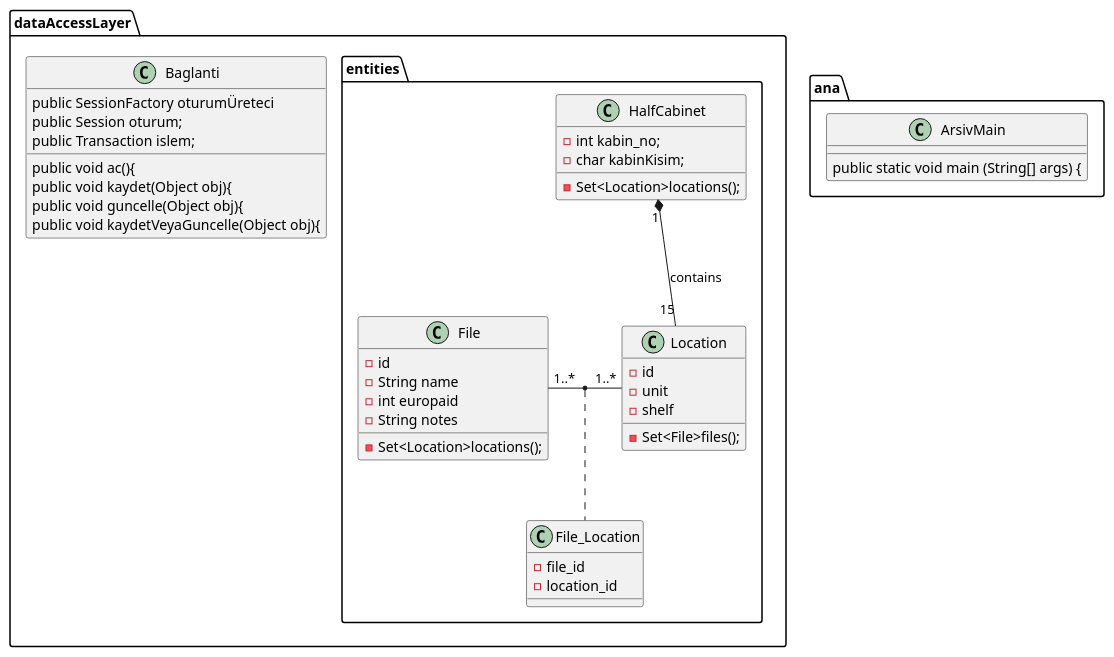
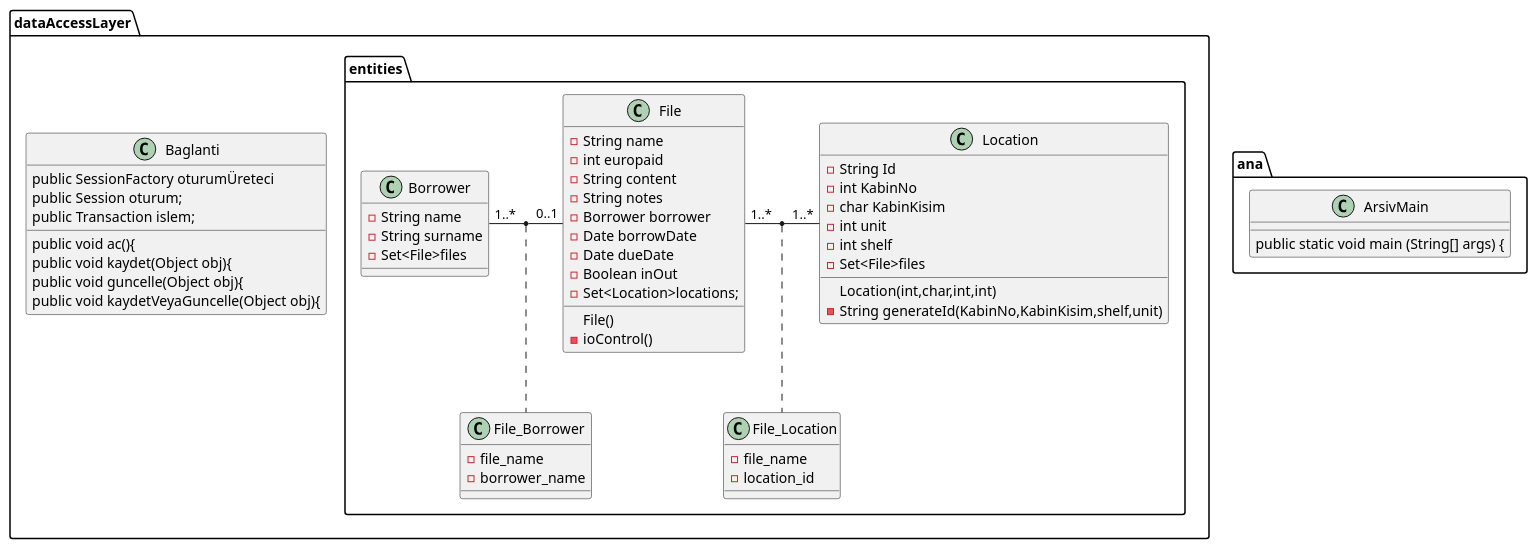
One commit to ipa-mosit/ARSIV-AMS2 changed the diagram in src/main/resources/uml/entityClassDiagrams.puml. Above: the diagram before and after it, drawn with PlantUML. The commit also changed 2 other files, not shown here.

Commit message:
usecase diagramları ve uml diagramları çizildi

```diff
--- a/src/main/resources/uml/entityClassDiagrams.puml
+++ b/src/main/resources/uml/entityClassDiagrams.puml
@@ -1,44 +1,62 @@
 @startuml
 package dataAccessLayer{
 package entities{
-class HalfCabinet{
-    -int kabin_no;
-    -char kabinKisim;
-    -Set<Location>locations();
-}
-HalfCabinet "1" *-- "15" Location:contains
 class Location{
--id
--unit
--shelf
--Set<File>files();
+-String Id
+-int KabinNo
+-char KabinKisim
+-int unit
+-int shelf
+-Set<File>files
+Location(int,char,int,int)
+-String generateId(KabinNo,KabinKisim,shelf,unit)
 }
 class File{
--id
 -String name
 -int europaid
+-String content
 -String notes
--Set<Location>locations();
+-Borrower borrower
+-Date borrowDate
+-Date dueDate
+-Boolean inOut
+-Set<Location>locations;
+File()
+-ioControl()
+/' ioControl fonksyonu constructor içinde çalıştırılıp field o şekilde doldurulacak '/
 }
 File "1..*"-"1..*" Location
 (File,Location) .. File_Location
 class File_Location{
--file_id
+-file_name
 -location_id
+}
+
+
+class Borrower{
+    -String name
+    -String surname
+    -Set<File>files
+}
+Borrower "1..*"-"0..1" File
+(File,Borrower) .. File_Borrower
+class File_Borrower{
+    -file_name
+    -borrower_name
 }
 }
 class Baglanti{
 public SessionFactory oturumÜreteci
     public Session oturum;
     public Transaction islem;
     public void ac(){
     public void kaydet(Object obj){
     public void guncelle(Object obj){
     public void kaydetVeyaGuncelle(Object obj){
 }
 }
 package ana{
 class ArsivMain{
     public static void main (String[] args) {
 }
 @enduml
```
